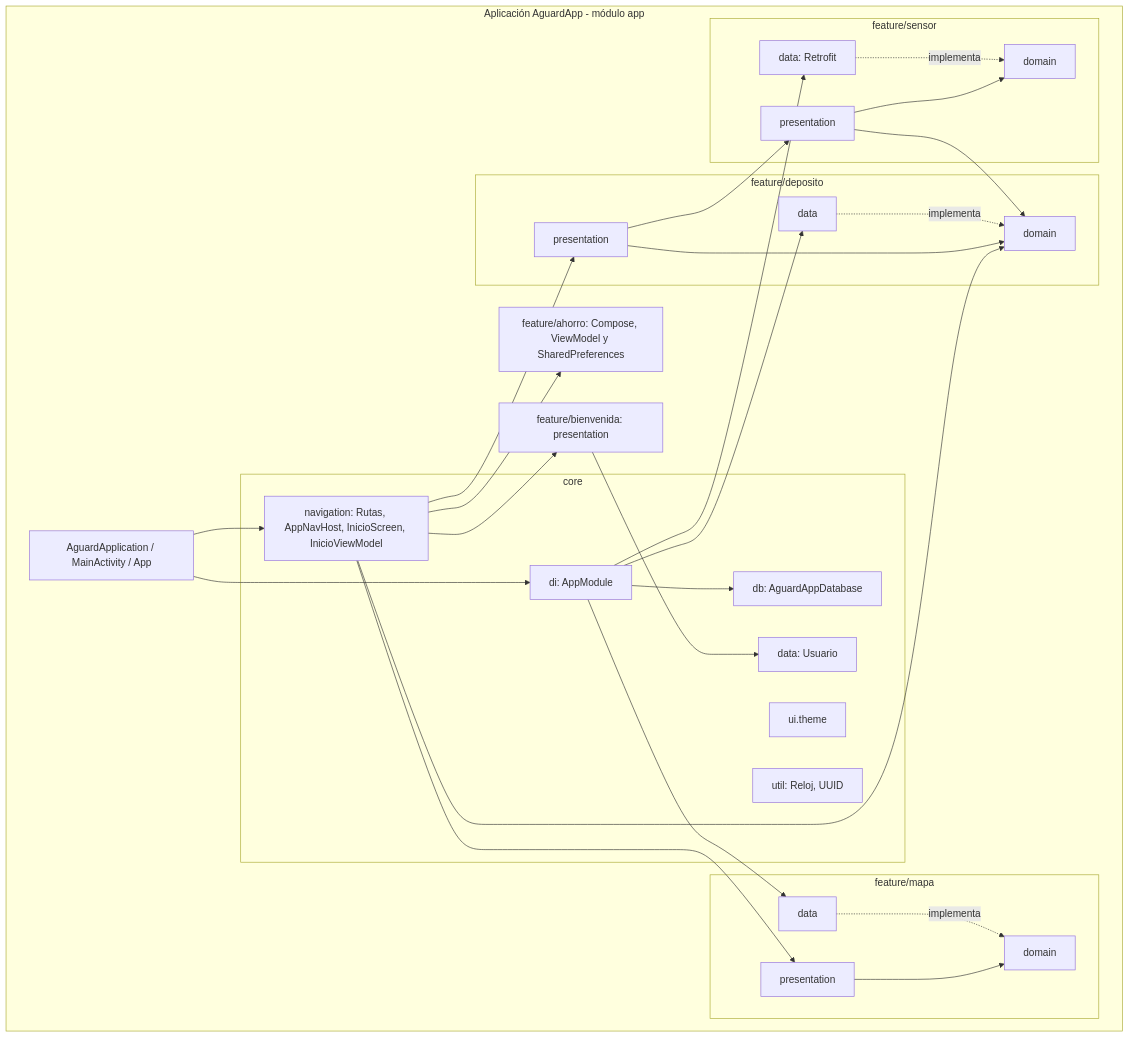
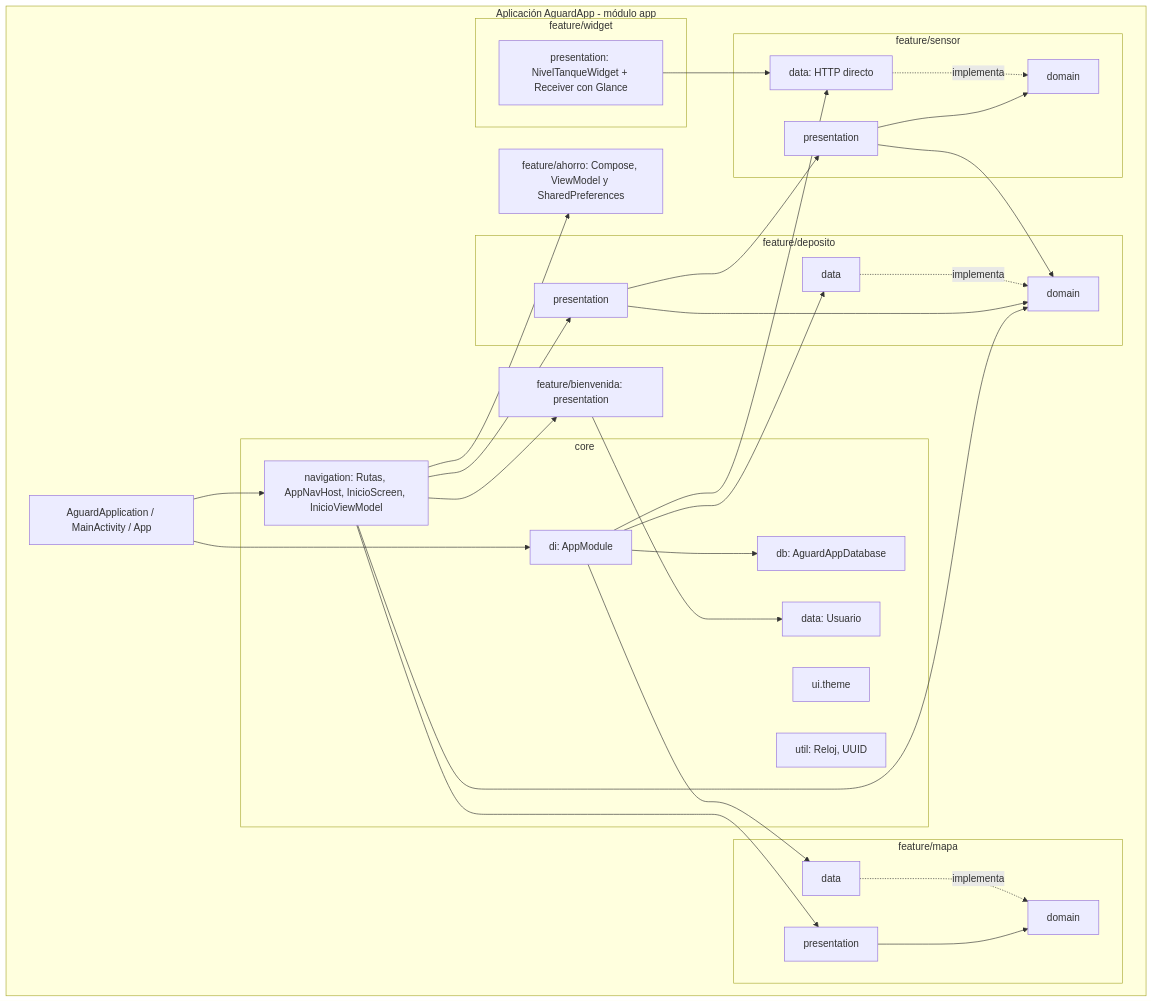
The third of 22 diagrams in informes/FD04-SAD.md (Cristhian465/Aguarda), drawn with Mermaid before and after one commit. The commit also changed other lines of this file and 120 other files, not shown here.

First line of the commit message:
Limpieza: claves en el código, ThingSpeak directo, widget del tanque y sin código sin uso

````diff
--- a/informes/FD04-SAD.md
+++ b/informes/FD04-SAD.md
@@ -161,52 +161,56 @@
 ```mermaid
 flowchart TB
   subgraph APP[Aplicación AguardApp - módulo app]
     MAIN[AguardApplication / MainActivity / App]
     subgraph CORE[core]
       NAV[navigation: Rutas, AppNavHost, InicioScreen, InicioViewModel]
       DI[di: AppModule]
       DB[db: AguardAppDatabase]
       DATA[data: Usuario]
       THEME[ui.theme]
       UTIL[util: Reloj, UUID]
     end
     BIEN[feature/bienvenida: presentation]
     AHORRO[feature/ahorro: Compose, ViewModel y SharedPreferences]
     subgraph DEP[feature/deposito]
       PRES[presentation]
       DOM[domain]
       DAT[data]
     end
     subgraph MAPA[feature/mapa]
       MPRES[presentation]
       MDOM[domain]
       MDAT[data]
     end
     subgraph SEN[feature/sensor]
       SPRES[presentation]
       SDOM[domain]
-      SDAT[data: Retrofit]
+      SDAT[data: HTTP directo]
     end
+    subgraph WID[feature/widget]
+      WPRES[presentation: NivelTanqueWidget + Receiver con Glance]
+    end
+    WPRES --> SDAT
 
     MAIN --> NAV
     MAIN --> DI
     NAV --> BIEN
     NAV --> AHORRO
     NAV --> PRES
     NAV --> DOM
     NAV --> MPRES
     PRES --> DOM
     DAT -. implementa .-> DOM
     MPRES --> MDOM
     MDAT -. implementa .-> MDOM
     PRES --> SPRES
     SPRES --> SDOM
     SPRES --> DOM
     SDAT -. implementa .-> SDOM
     DI --> DB
     DI --> DAT
     DI --> MDAT
     DI --> SDAT
     BIEN --> DATA
   end
 ```
````
